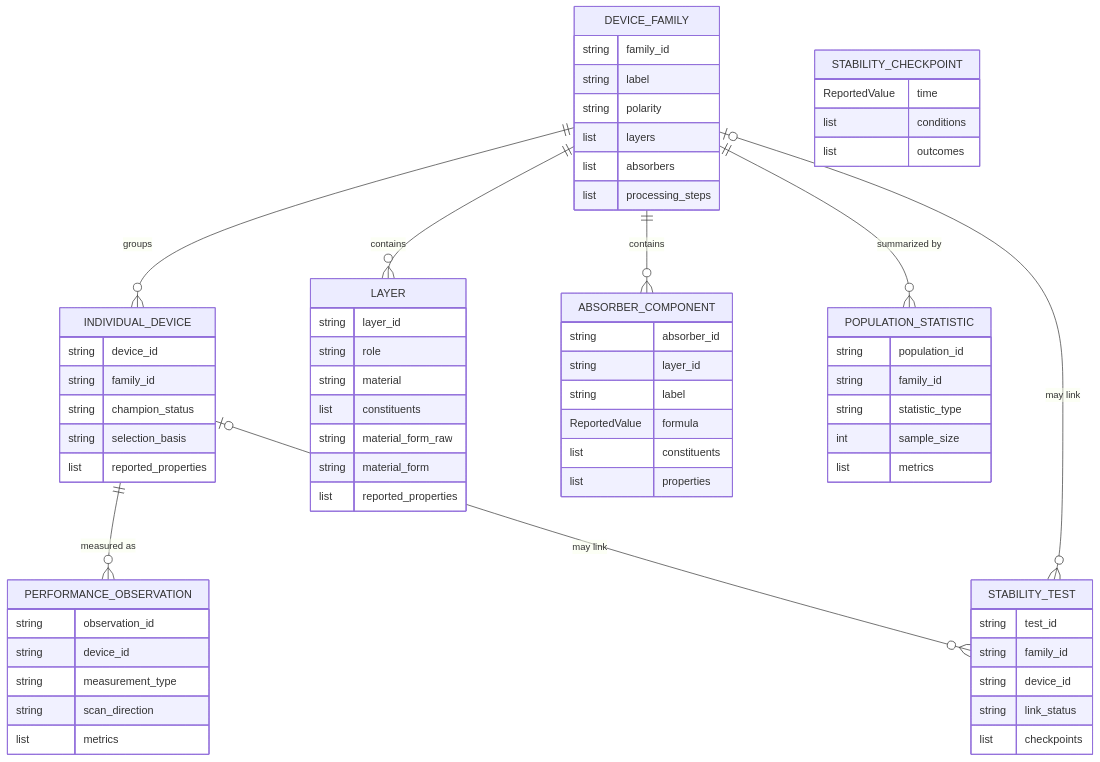
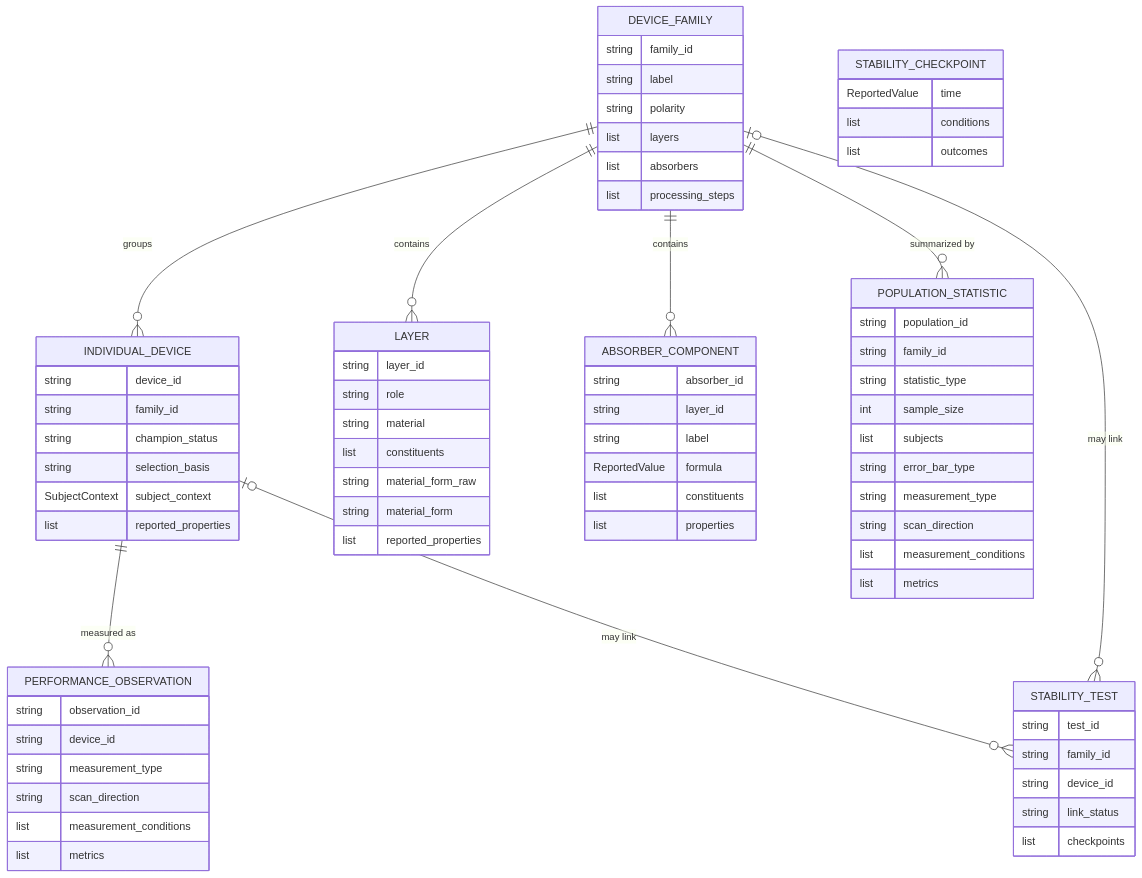
The diagram in docs/concepts/study-model.md (lamalab-org/perla-extract), drawn with Mermaid before and after one commit. The commit also changed other lines of this file and 330 other files, not shown here.

````diff
--- a/docs/concepts/study-model.md
+++ b/docs/concepts/study-model.md
@@ -8,69 +8,76 @@
 ```mermaid
 erDiagram
     DEVICE_FAMILY ||--o{ INDIVIDUAL_DEVICE : "groups"
     DEVICE_FAMILY ||--o{ LAYER : "contains"
     DEVICE_FAMILY ||--o{ ABSORBER_COMPONENT : "contains"
     DEVICE_FAMILY ||--o{ POPULATION_STATISTIC : "summarized by"
     INDIVIDUAL_DEVICE ||--o{ PERFORMANCE_OBSERVATION : "measured as"
     DEVICE_FAMILY o|--o{ STABILITY_TEST : "may link"
     INDIVIDUAL_DEVICE o|--o{ STABILITY_TEST : "may link"
 
     DEVICE_FAMILY {
         string family_id
         string label
         string polarity
         list layers
         list absorbers
         list processing_steps
     }
     LAYER {
         string layer_id
         string role
         string material
         list constituents
         string material_form_raw
         string material_form
         list reported_properties
     }
     ABSORBER_COMPONENT {
         string absorber_id
         string layer_id
         string label
         ReportedValue formula
         list constituents
         list properties
     }
     INDIVIDUAL_DEVICE {
         string device_id
         string family_id
         string champion_status
         string selection_basis
+        SubjectContext subject_context
         list reported_properties
     }
     PERFORMANCE_OBSERVATION {
         string observation_id
         string device_id
         string measurement_type
         string scan_direction
+        list measurement_conditions
         list metrics
     }
     POPULATION_STATISTIC {
         string population_id
         string family_id
         string statistic_type
         int sample_size
+        list subjects
+        string error_bar_type
+        string measurement_type
+        string scan_direction
+        list measurement_conditions
         list metrics
     }
     STABILITY_TEST {
         string test_id
         string family_id
         string device_id
         string link_status
         list checkpoints
     }
     STABILITY_CHECKPOINT {
         ReportedValue time
         list conditions
         list outcomes
     }
 ```
````
